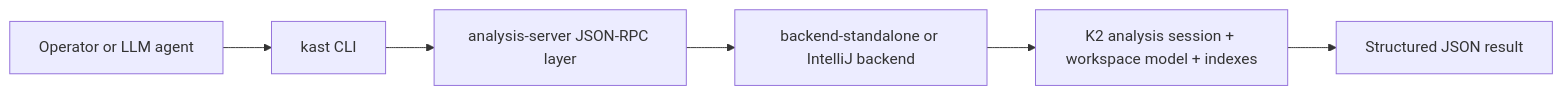
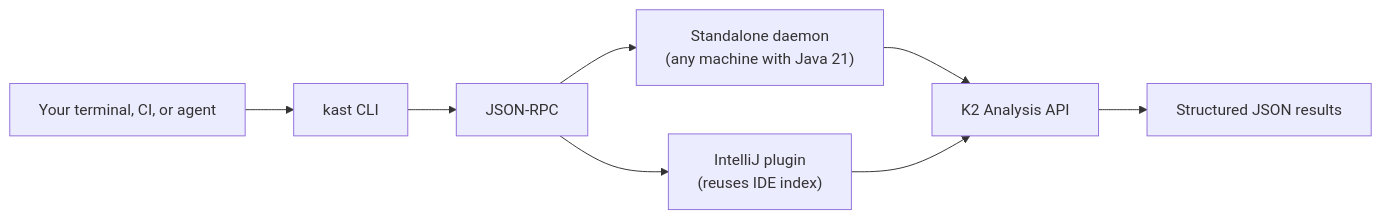
One commit to amichne/kast changed the diagram in docs/index.md. Above: the diagram before and after it, drawn with Mermaid. The commit also changed other lines of this file and 43 other files, not shown here.

````diff
--- a/docs/index.md
+++ b/docs/index.md
@@ -84,8 +17,10 @@
 ```mermaid
 flowchart LR
-    A[Operator or LLM agent] --> B[kast CLI]
-    B --> C[analysis-server JSON-RPC layer]
-    C --> D[backend-standalone or IntelliJ backend]
-    D --> E[K2 analysis session + workspace model + indexes]
-    E --> F[Structured JSON result]
+    A["Your terminal, CI, or agent"] --> B["kast CLI"]
+    B --> C["JSON-RPC"]
+    C --> D["Standalone daemon\n(any machine with Java 21)"]
+    C --> E["IntelliJ plugin\n(reuses IDE index)"]
+    D --> F["K2 Analysis API"]
+    E --> F
+    F --> G["Structured JSON results"]
 ```
````
